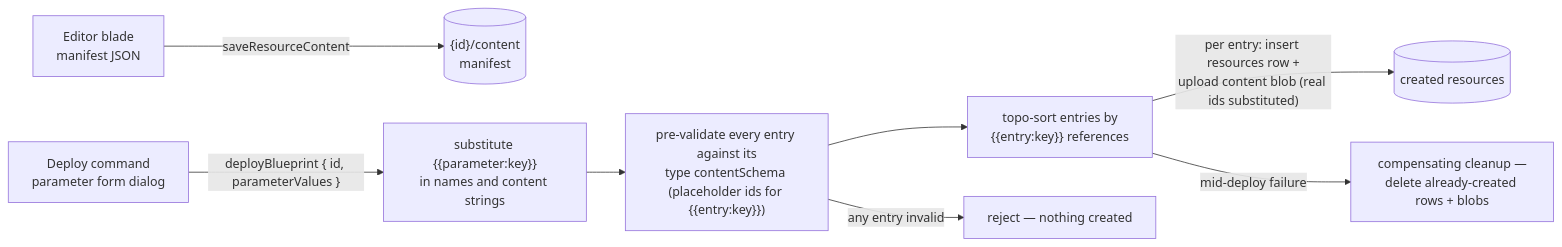
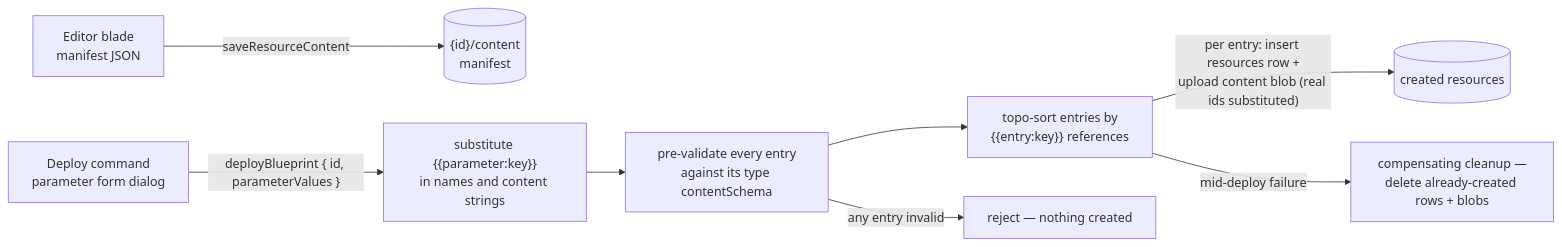
One commit to Esposter/Esposter changed the diagram in packages/app/content/docs/platform/blueprint-resource.md. Above: the diagram before and after it, drawn with Mermaid. The commit also changed 8 other files, not shown here.

First line of the commit message:
docs(diagrams): sweep platform/, and widen the reference-product rule

````diff
--- a/packages/app/content/docs/platform/blueprint-resource.md
+++ b/packages/app/content/docs/platform/blueprint-resource.md
@@ -14,10 +14,10 @@
 ```mermaid
 flowchart LR
   ED["Editor blade<br/>manifest JSON"] -->|saveResourceContent| BLOB[("{id}/content<br/>manifest")]
   CMD["Deploy command<br/>parameter form dialog"] -->|"deployBlueprint { id, parameterValues }"| SUB["substitute {{parameter:key}}<br/>in names and content strings"]
-  SUB --> VAL["pre-validate every entry against its<br/>type contentSchema (placeholder ids for {{entry:key}})"]
+  SUB --> VAL["pre-validate every entry<br/>against its type contentSchema"]
   VAL --> TOPO["topo-sort entries by<br/>{{entry:key}} references"]
   TOPO -->|"per entry: insert resources row +<br/>upload content blob (real ids substituted)"| RES[("created resources")]
   VAL -->|any entry invalid| REJECT["reject — nothing created"]
   TOPO -->|mid-deploy failure| CLEAN["compensating cleanup —<br/>delete already-created rows + blobs"]
 ```
````
